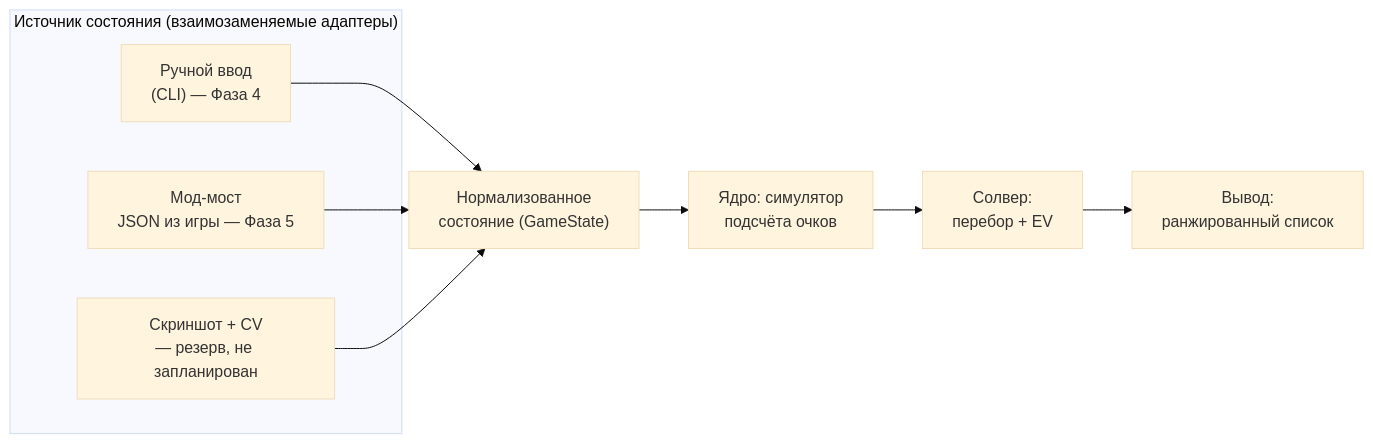
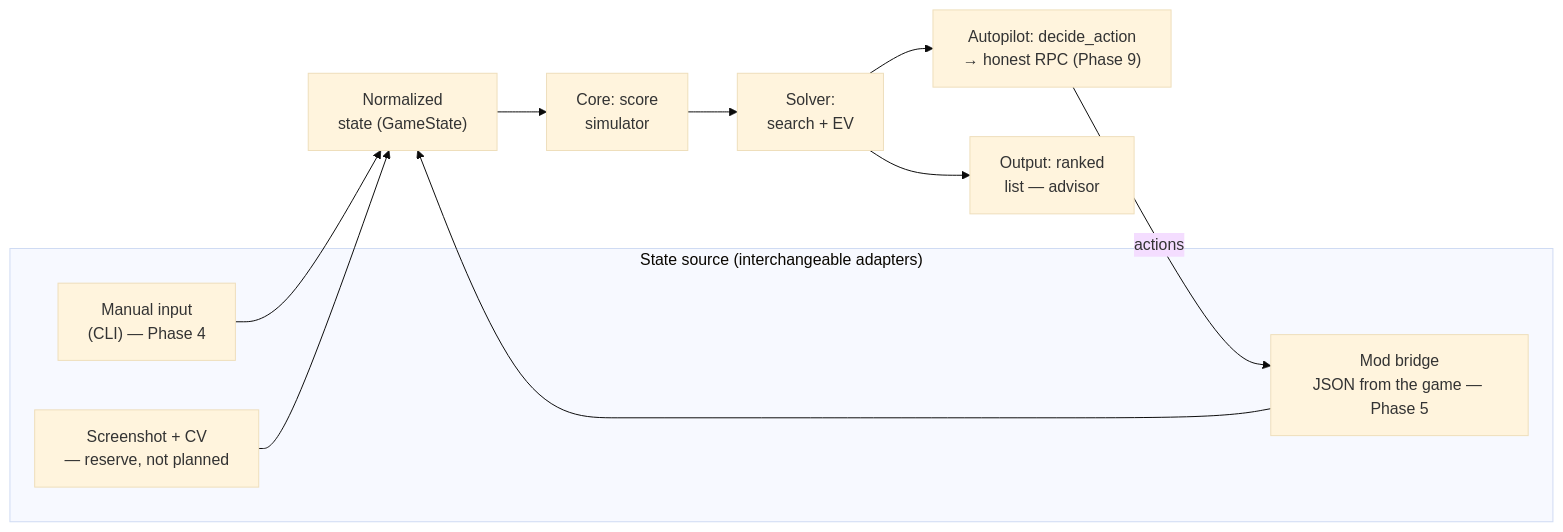
The diagram in PLAN.md (MrBoomer1981/Bot_for_Roglike), drawn with Mermaid (base theme) before and after one commit. The commit also changed other lines of this file and 12 other files, not shown here.

````diff
--- a/PLAN.md
+++ b/PLAN.md
@@ -167,15 +188,17 @@
 ```mermaid
 flowchart LR
-    subgraph src["Источник состояния (взаимозаменяемые адаптеры)"]
-        A1["Ручной ввод<br/>(CLI) — Фаза 4"]
-        A2["Мод-мост<br/>JSON из игры — Фаза 5"]
-        A3["Скриншот + CV<br/>— резерв, не запланирован"]
+    subgraph src["State source (interchangeable adapters)"]
+        A1["Manual input<br/>(CLI) — Phase 4"]
+        A2["Mod bridge<br/>JSON from the game — Phase 5"]
+        A3["Screenshot + CV<br/>— reserve, not planned"]
     end
     A1 --> S
     A2 --> S
     A3 --> S
-    S["Нормализованное<br/>состояние (GameState)"] --> E
-    E["Ядро: симулятор<br/>подсчёта очков"] --> V
-    V["Солвер:<br/>перебор + EV"] --> U
-    U["Вывод:<br/>ранжированный список"]
+    S["Normalized<br/>state (GameState)"] --> E
+    E["Core: score<br/>simulator"] --> V
+    V["Solver:<br/>search + EV"] --> U
+    V --> P
+    U["Output: ranked<br/>list — advisor"]
+    P["Autopilot: decide_action<br/>→ honest RPC (Phase 9)"] -->|actions| A2
 ```
````
